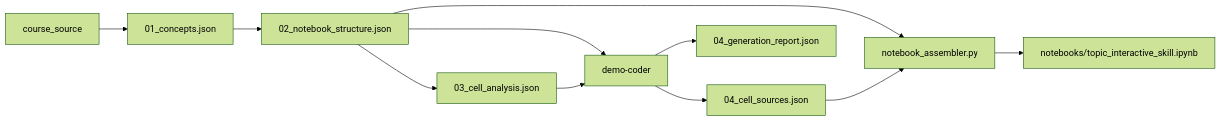
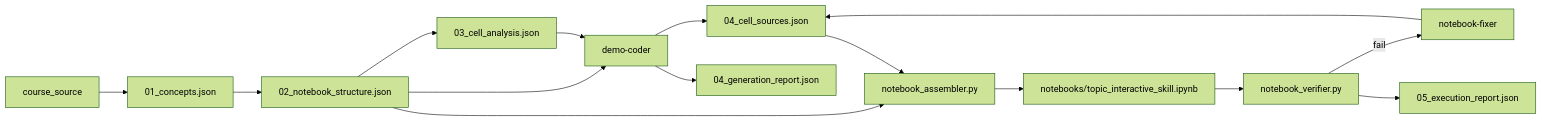
One commit to ryanwww20/CSWIDGAgent changed the diagram in docs/pipeline.md. Above: the diagram before and after it, drawn with Mermaid (forest theme). The commit also changed other lines of this file and 22 other files, not shown here.

````diff
--- a/docs/pipeline.md
+++ b/docs/pipeline.md
@@ -7,13 +7,17 @@
 ```mermaid
 flowchart LR
   SRC[course_source] --> S1[01_concepts.json]
   S1 --> S2[02_notebook_structure.json]
   S2 --> S3[03_cell_analysis.json]
   S2 --> DC[demo-coder]
   S3 --> DC
   DC --> CS[04_cell_sources.json]
   DC --> RPT[04_generation_report.json]
   S2 --> ASM[notebook_assembler.py]
   CS --> ASM
   ASM --> NB[notebooks/topic_interactive_skill.ipynb]
+  NB --> VER[notebook_verifier.py]
+  VER -->|fail| FIX[notebook-fixer]
+  FIX --> CS
+  VER --> ER[05_execution_report.json]
 ```
````
